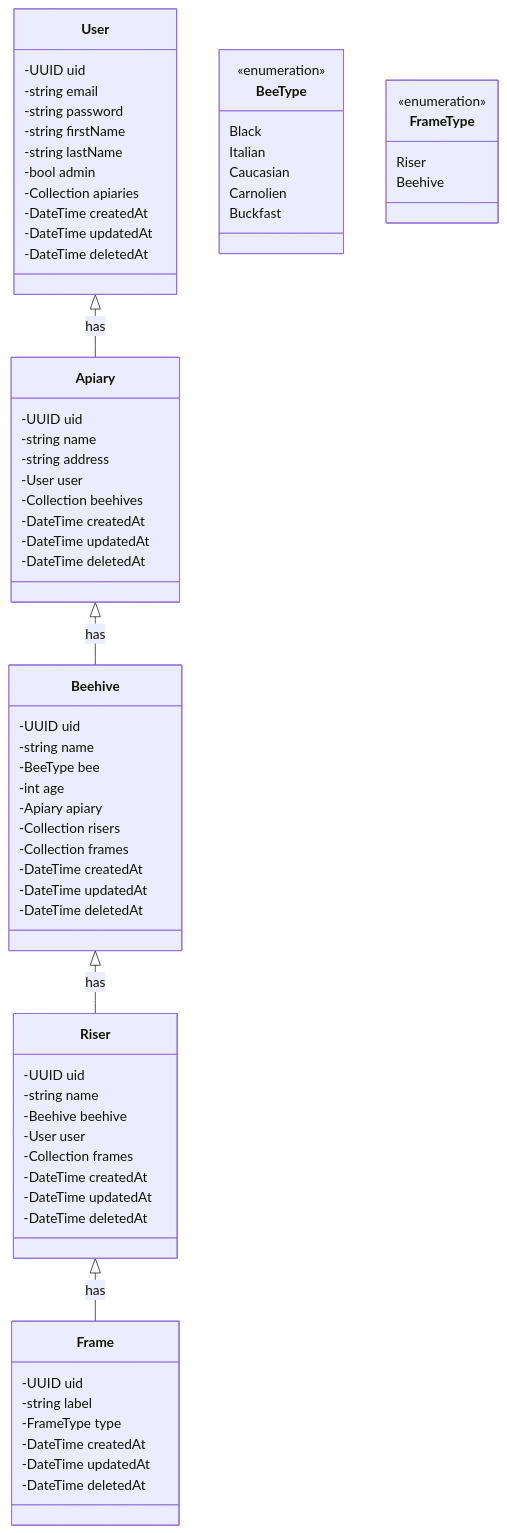
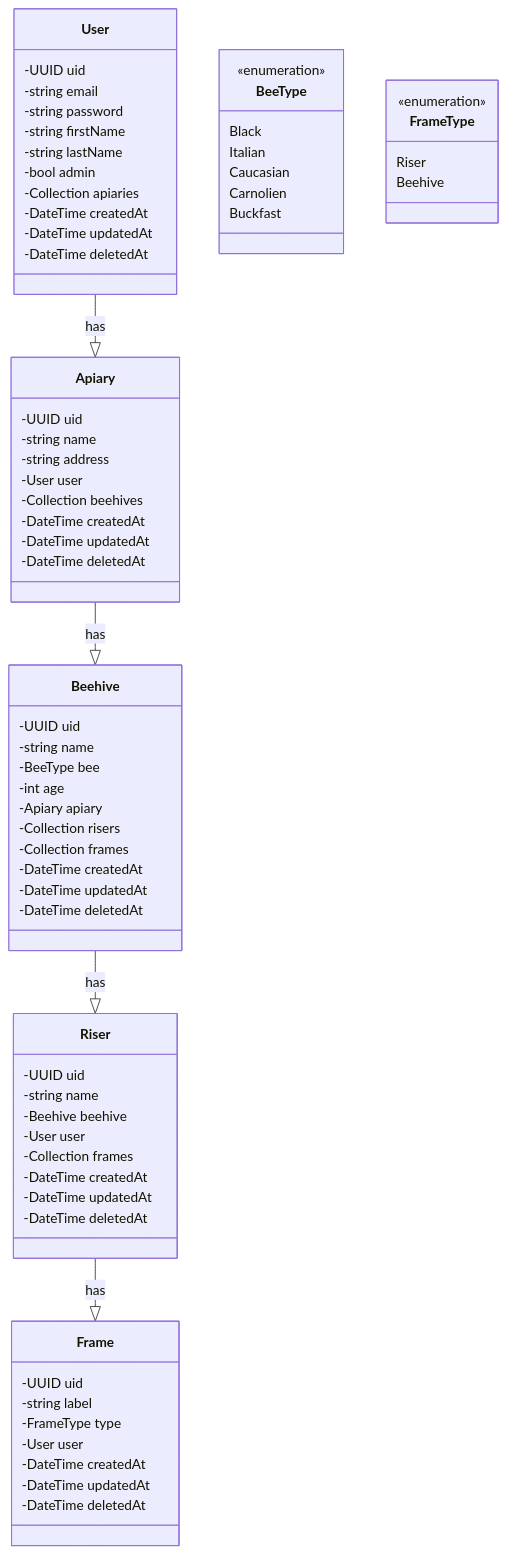
The diagram in back/README.md (Hive-Five-project/hive-five), drawn with Mermaid before and after one commit. The commit also changed 32 other files, not shown here.

Commit message:
fixture: Frame Model. ListFrames (for Beehive)

````diff
--- a/back/README.md
+++ b/back/README.md
@@ -15,74 +15,75 @@
 ```mermaid
 classDiagram
     class User 
     User : -UUID uid
     User : -string email
     User : -string password
     User : -string firstName
     User : -string lastName
     User : -bool admin
     User : -Collection<Apiary> apiaries
     User : -DateTime createdAt
     User : -DateTime updatedAt
     User : -DateTime deletedAt
     
     class Apiary
     Apiary : -UUID uid
     Apiary : -string name
     Apiary : -string address
     Apiary : -User user
     Apiary : -Collection<Beehive> beehives
     Apiary : -DateTime createdAt
     Apiary : -DateTime updatedAt
     Apiary : -DateTime deletedAt
     
     class Beehive
     Beehive : -UUID uid
     Beehive : -string name
     Beehive : -BeeType bee
     Beehive : -int age
     Beehive : -Apiary apiary
     Beehive : -Collection<Riser> risers
     Beehive : -Collection<Frame> frames
     Beehive : -DateTime createdAt
     Beehive : -DateTime updatedAt
     Beehive : -DateTime deletedAt
     
     class BeeType{
         <<enumeration>>
         Black
         Italian
         Caucasian
         Carnolien
         Buckfast
     }
     
     class Riser
     Riser : -UUID uid
     Riser : -string name
     Riser : -Beehive beehive
     Riser : -User user
     Riser : -Collection<Frame> frames
     Riser : -DateTime createdAt
     Riser : -DateTime updatedAt
     Riser : -DateTime deletedAt
     
     class Frame
     Frame : -UUID uid
     Frame : -string label
     Frame : -FrameType type
+    Frame : -User user
     Frame : -DateTime createdAt
     Frame : -DateTime updatedAt
     Frame : -DateTime deletedAt
     
     class FrameType{
         <<enumeration>>
         Riser
         Beehive
     }
     
-    User <|-- Apiary: has
-    Apiary <|-- Beehive: has
-    Beehive <|-- Riser: has
-    Riser <|-- Frame: has
+    User --|> Apiary: has
+    Apiary --|> Beehive: has
+    Beehive --|> Riser: has
+    Riser --|> Frame: has
 ```
````
